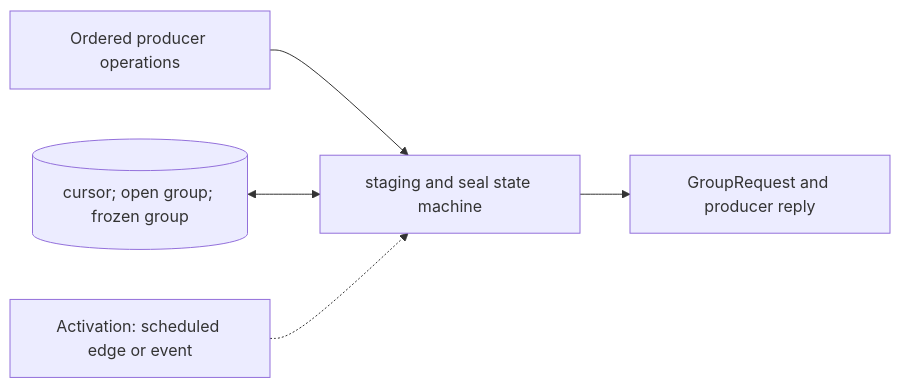
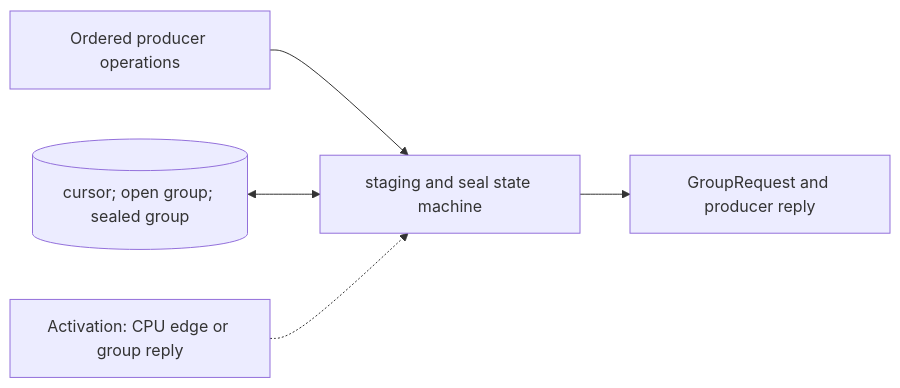
The diagram in docs/modules/timeline-reservation-manager.md (qsbit-org/qsbit-sim), drawn with Mermaid before and after one commit. The commit also changed other lines of this file and 24 other files, not shown here.

````diff
--- a/docs/modules/timeline-reservation-manager.md
+++ b/docs/modules/timeline-reservation-manager.md
@@ -17,7 +17,7 @@
 ```mermaid
 flowchart LR
     U["Ordered producer operations"] --> P["staging and seal state machine"]
-    S[("cursor; open group; frozen group")] <--> P
+    S[("cursor; open group; sealed group")] <--> P
     P --> D["GroupRequest and producer reply"]
-    K["Activation: scheduled edge or event"] -.-> P
+    K["Activation: CPU edge or group reply"] -.-> P
 ```
````
